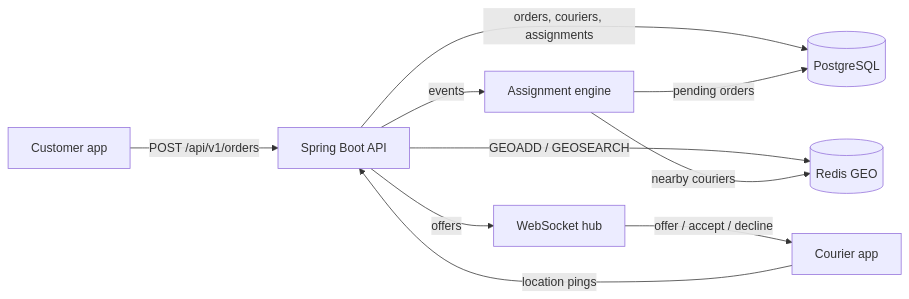
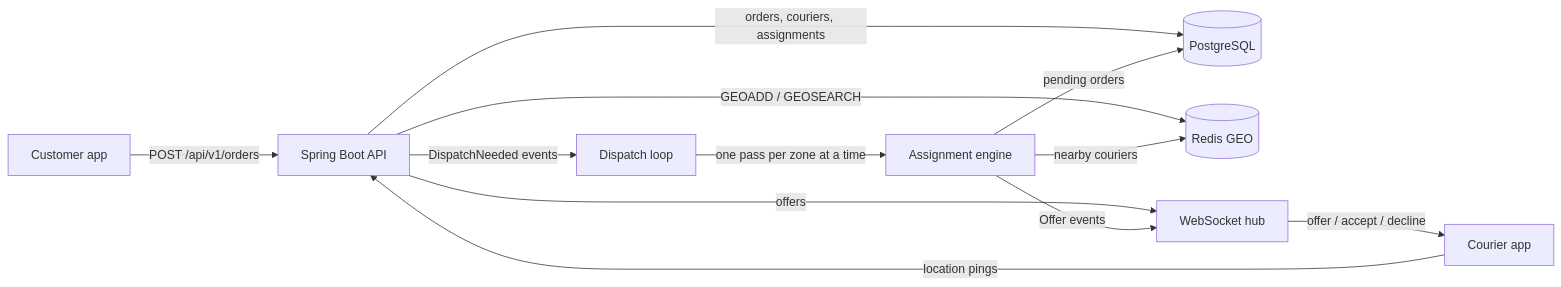
One commit to vivekdavara/dispatch changed the second of 2 diagrams in DESIGN.md. Above: the diagram before and after it, drawn with Mermaid. The commit also changed other lines of this file, not shown here.

First line of the commit message:
Document offer answers, the event-driven loop and the socket protocol

````diff
--- a/DESIGN.md
+++ b/DESIGN.md
@@ -92,12 +95,14 @@
 ```mermaid
 flowchart LR
     C[Customer app] -- POST /api/v1/orders --> API[Spring Boot API]
     K[Courier app] -- location pings --> API
     API -- orders, couriers, assignments --> PG[(PostgreSQL)]
     API -- GEOADD / GEOSEARCH --> R[(Redis GEO)]
     API -- offers --> WS[WebSocket hub]
     WS -- offer / accept / decline --> K
     E[Assignment engine] -- pending orders --> PG
     E -- nearby couriers --> R
-    API -- events --> E
+    API -- DispatchNeeded events --> L[Dispatch loop]
+    L -- one pass per zone at a time --> E
+    E -- Offer events --> WS
 ```
````
